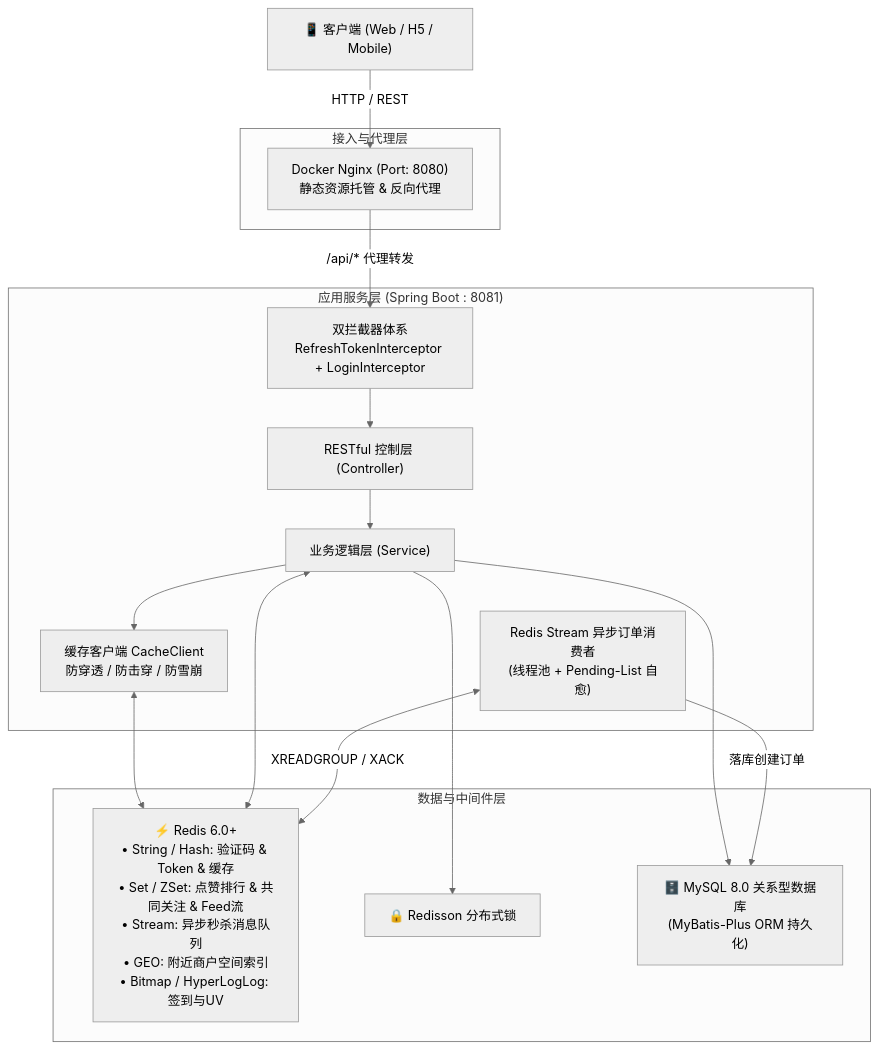
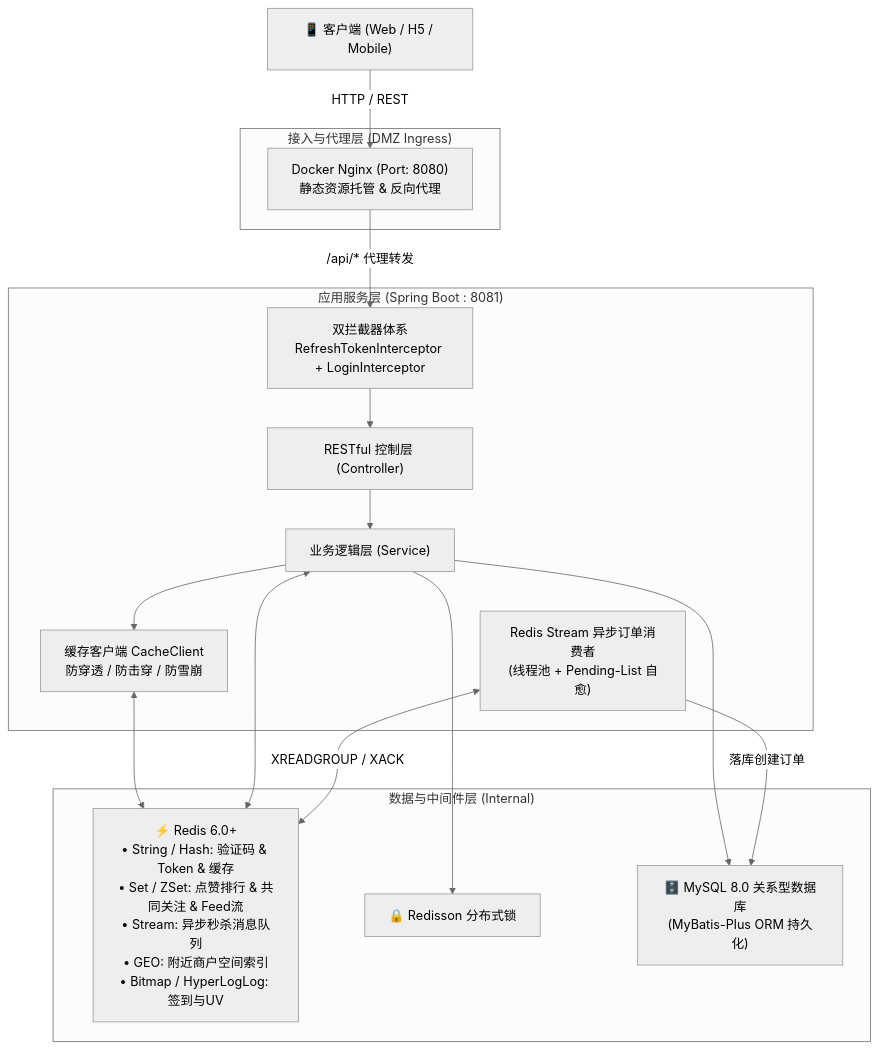
The first of 3 diagrams in README.md (e69d8e/hm-dianping), drawn with Mermaid (neutral theme) before and after one commit. The commit also changed other lines of this file and 24 other files, not shown here.

Commit message:
docs: 更新 README 并补充高层运行时架构图与 Playwright E2E 测试文档

````diff
--- a/README.md
+++ b/README.md
@@ -25,34 +37,34 @@
 ```mermaid
 graph TD
     Client["📱 客户端 (Web / H5 / Mobile)"]
     
-    subgraph Gateway["接入与代理层"]
+    subgraph Gateway["接入与代理层 (DMZ Ingress)"]
         Nginx["Docker Nginx (Port: 8080)<br/>静态资源托管 & 反向代理"]
     end
 
     subgraph AppLayer["应用服务层 (Spring Boot : 8081)"]
         Interceptor["双拦截器体系<br/>RefreshTokenInterceptor + LoginInterceptor"]
         Controller["RESTful 控制层 (Controller)"]
         Service["业务逻辑层 (Service)"]
         CacheUtils["缓存客户端 CacheClient<br/>防穿透 / 防击穿 / 防雪崩"]
         StreamConsumer["Redis Stream 异步订单消费者<br/>(线程池 + Pending-List 自愈)"]
     end
 
-    subgraph StorageLayer["数据与中间件层"]
+    subgraph StorageLayer["数据与中间件层 (Internal)"]
         Redis["⚡ Redis 6.0+<br/>• String / Hash: 验证码 & Token & 缓存<br/>• Set / ZSet: 点赞排行 & 共同关注 & Feed流<br/>• Stream: 异步秒杀消息队列<br/>• GEO: 附近商户空间索引<br/>• Bitmap / HyperLogLog: 签到与UV"]
         Redisson["🔒 Redisson 分布式锁"]
         MySQL["🗄️ MySQL 8.0 关系型数据库<br/>(MyBatis-Plus ORM 持久化)"]
     end
 
     Client -->|HTTP / REST| Nginx
     Nginx -->|/api/* 代理转发| Interceptor
     Interceptor --> Controller
     Controller --> Service
     Service --> CacheUtils
     Service --> Redisson
     Service --> MySQL
     CacheUtils <--> Redis
     Service <--> Redis
     StreamConsumer <-->|XREADGROUP / XACK| Redis
     StreamConsumer -->|落库创建订单| MySQL
 ```
````
